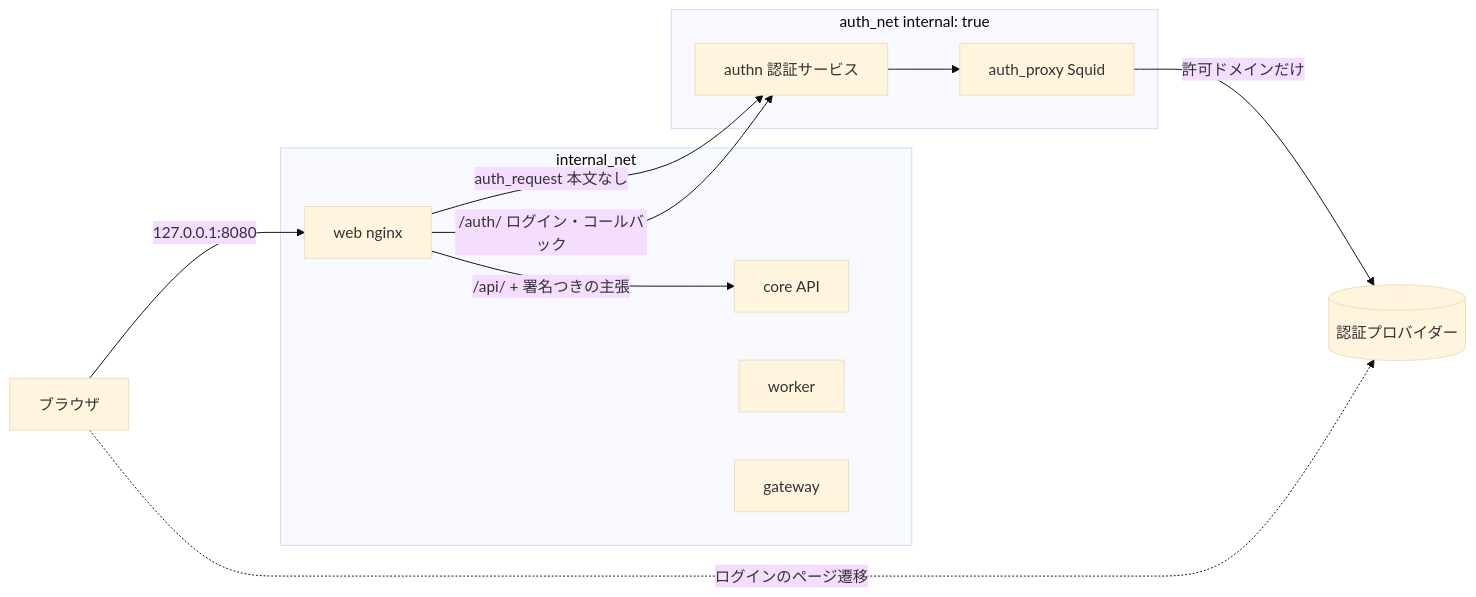
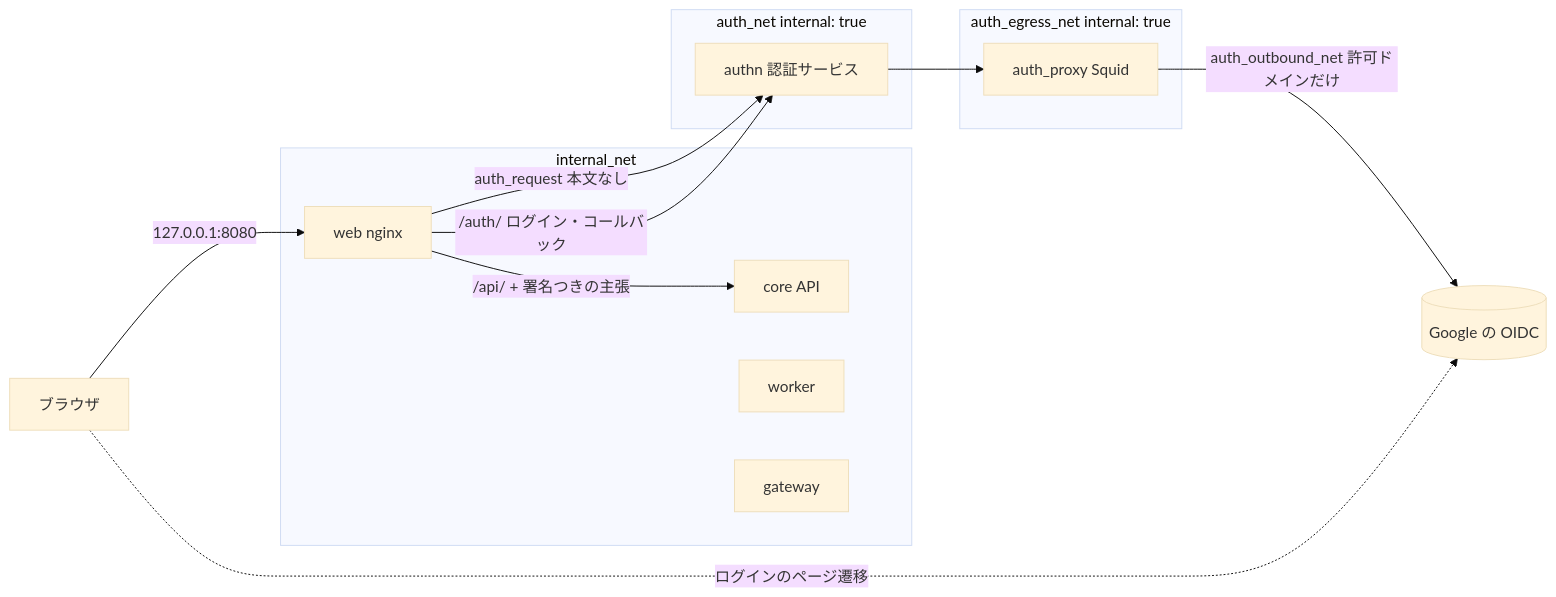
One commit to YutoNiki/mongai changed the second of 2 diagrams in docs/access-control-design.md. Above: the diagram before and after it, drawn with Mermaid (base theme). The commit also changed other lines of this file and 7 other files, not shown here.

````diff
--- a/docs/access-control-design.md
+++ b/docs/access-control-design.md
@@ -723,20 +723,22 @@
 ```mermaid
 flowchart LR
     browser[ブラウザ] -->|127.0.0.1:8080| web
     subgraph internal_net
         web[web nginx]
         core[core API]
         worker
         gateway
     end
     subgraph auth_net["auth_net internal: true"]
         authn[authn 認証サービス]
+    end
+    subgraph auth_egress_net["auth_egress_net internal: true"]
         auth_proxy[auth_proxy Squid]
     end
     web -->|auth_request 本文なし| authn
     web -->|/auth/ ログイン・コールバック| authn
     web -->|/api/ + 署名つきの主張| core
     authn --> auth_proxy
-    auth_proxy -->|許可ドメインだけ| idp[(認証プロバイダー)]
+    auth_proxy -->|auth_outbound_net 許可ドメインだけ| idp[(Google の OIDC)]
     browser -.->|ログインのページ遷移| idp
 ```
````
